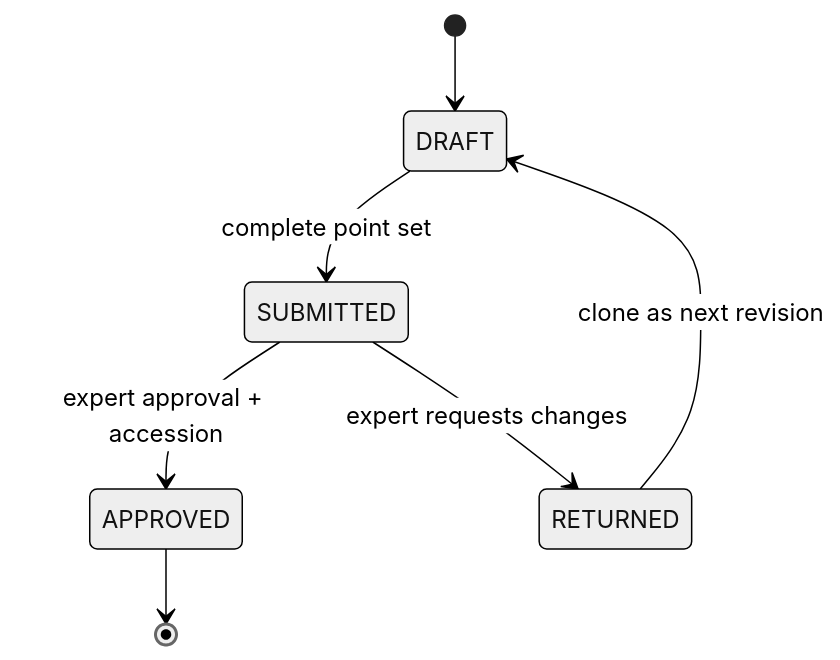
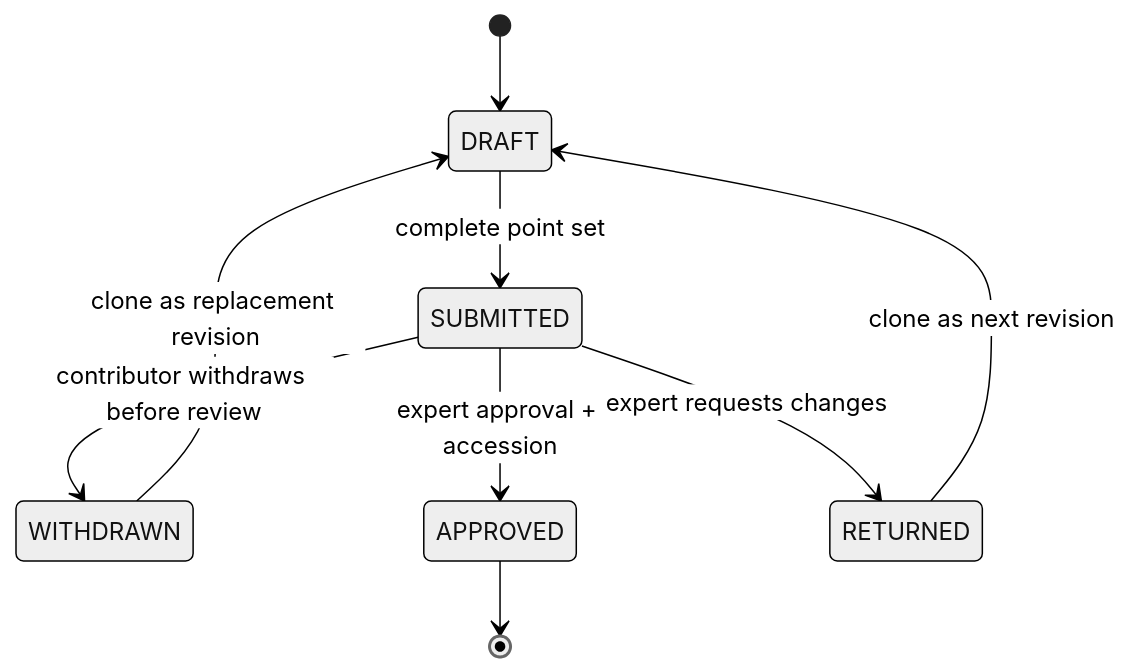
One commit to vkcvaibhav-eng/global-insect-wing-repository changed the second of 2 diagrams in docs/ARCHITECTURE.md. Above: the diagram before and after it, drawn with Mermaid (neutral theme). The commit also changed other lines of this file and 9 other files, not shown here.

````diff
--- a/docs/ARCHITECTURE.md
+++ b/docs/ARCHITECTURE.md
@@ -88,9 +88,11 @@
 ```mermaid
 stateDiagram-v2
     [*] --> DRAFT
     DRAFT --> SUBMITTED: complete point set
+    SUBMITTED --> WITHDRAWN: contributor withdraws before review
     SUBMITTED --> APPROVED: expert approval + accession
     SUBMITTED --> RETURNED: expert requests changes
     RETURNED --> DRAFT: clone as next revision
+    WITHDRAWN --> DRAFT: clone as replacement revision
     APPROVED --> [*]
 ```
````
